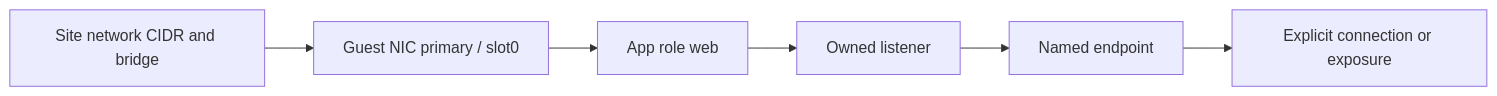
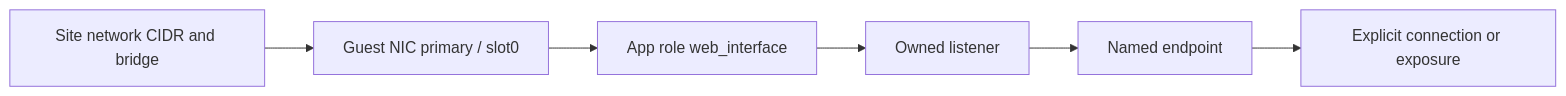
The diagram in docs/guides/multiple-interfaces.md (theaussiepom/homelab-stack), drawn with Mermaid before and after one commit. The commit also changed other lines of this file and 37 other files, not shown here.

````diff
--- a/docs/guides/multiple-interfaces.md
+++ b/docs/guides/multiple-interfaces.md
@@ -7,8 +7,8 @@
 ```mermaid
 flowchart LR
   N[Site network CIDR and bridge] --> G[Guest NIC primary / slot0]
-  G --> R[App role web]
+  G --> R[App role web_interface]
   R --> L[Owned listener]
   L --> E[Named endpoint]
   E --> X[Explicit connection or exposure]
 ```
````
